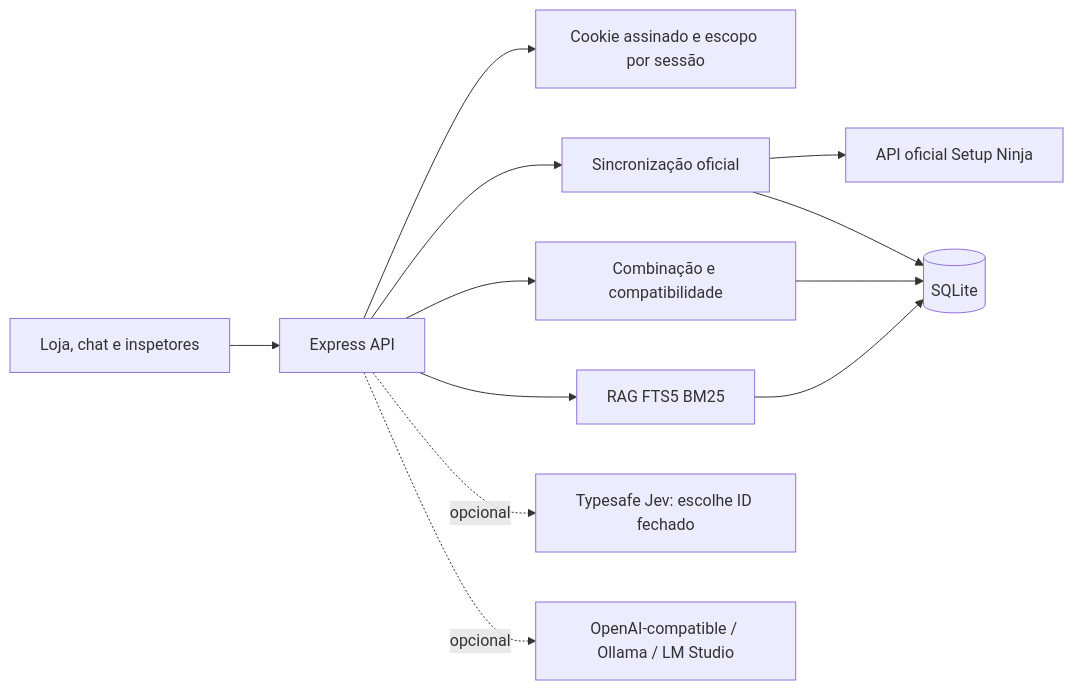
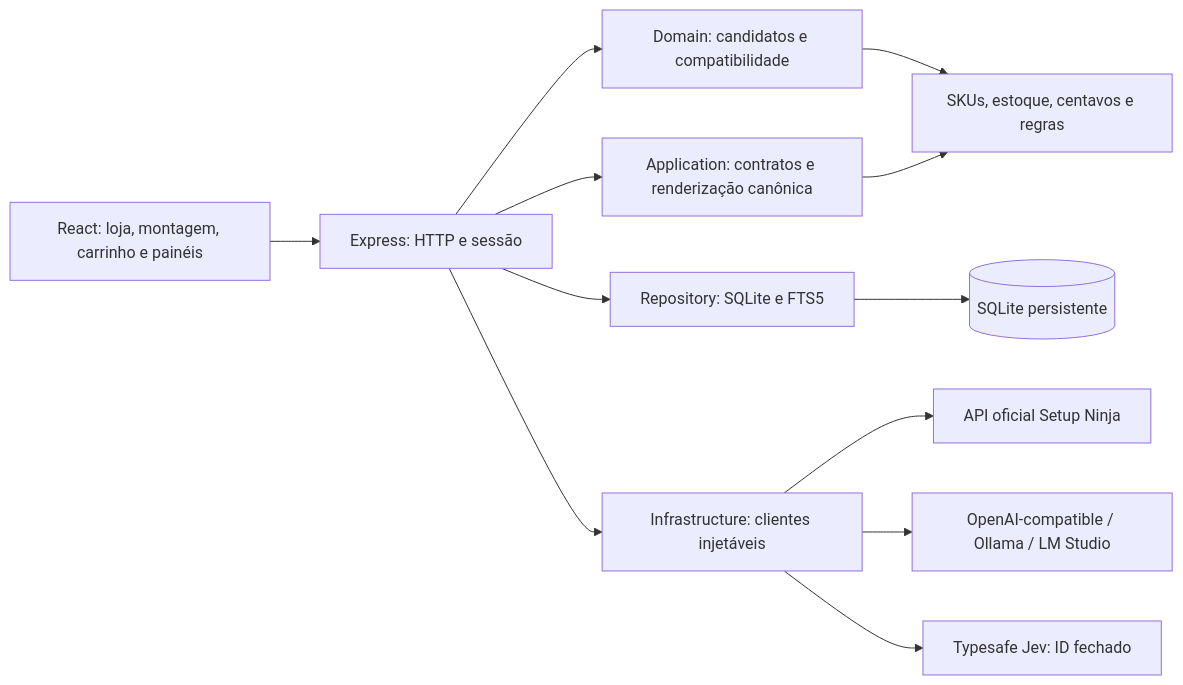
The first of 3 diagrams in docs/ARCHITECTURE.md (dougdotcon/setup-ninja-lab-chatbot), drawn with Mermaid before and after one commit. The commit also changed other lines of this file and 4 other files, not shown here.

````diff
--- a/docs/ARCHITECTURE.md
+++ b/docs/ARCHITECTURE.md
@@ -5,14 +5,14 @@
 ```mermaid
 flowchart LR
-  Browser[Loja, chat e inspetores] --> Routes[Express API]
-  Routes --> Sessions[Cookie assinado e escopo por sessão]
-  Routes --> CatalogService[Sincronização oficial]
-  Routes --> BuildDomain[Combinação e compatibilidade]
-  Routes --> Retrieval[RAG FTS5 BM25]
-  CatalogService --> Source[API oficial Setup Ninja]
-  CatalogService --> SQLite[(SQLite)]
-  BuildDomain --> SQLite
-  Retrieval --> SQLite
-  Routes -. opcional .-> Jev[Typesafe Jev: escolhe ID fechado]
-  Routes -. opcional .-> TextModel[OpenAI-compatible / Ollama / LM Studio]
+  UI[React: loja, montagem, carrinho e painéis] --> API[Express: HTTP e sessão]
+  API --> Policy[Application: contratos e renderização canônica]
+  API --> Build[Domain: candidatos e compatibilidade]
+  API --> DB[Repository: SQLite e FTS5]
+  API --> Ports[Infrastructure: clientes injetáveis]
+  Ports --> Official[API oficial Setup Ninja]
+  Ports --> Models[OpenAI-compatible / Ollama / LM Studio]
+  Ports --> Jev[Typesafe Jev: ID fechado]
+  DB --> SQLite[(SQLite persistente)]
+  Build --> Facts[SKUs, estoque, centavos e regras]
+  Policy --> Facts
 ```
````
